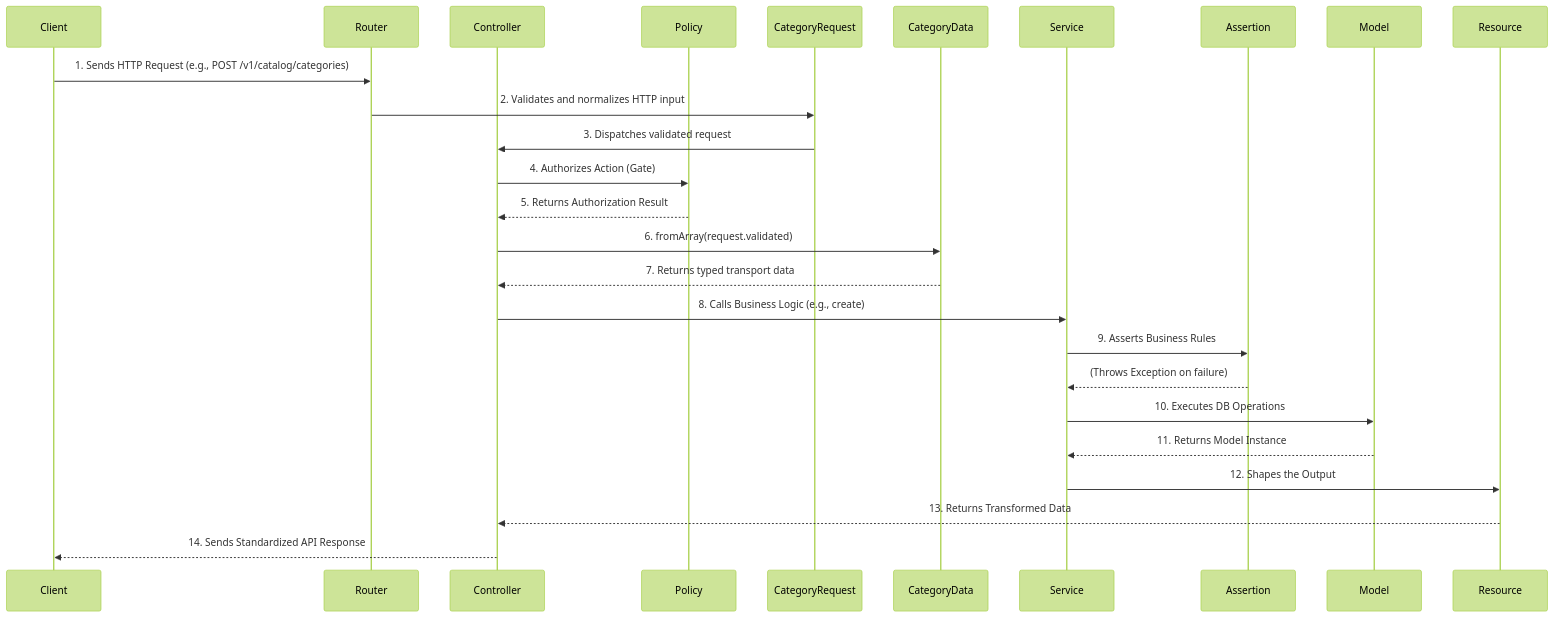
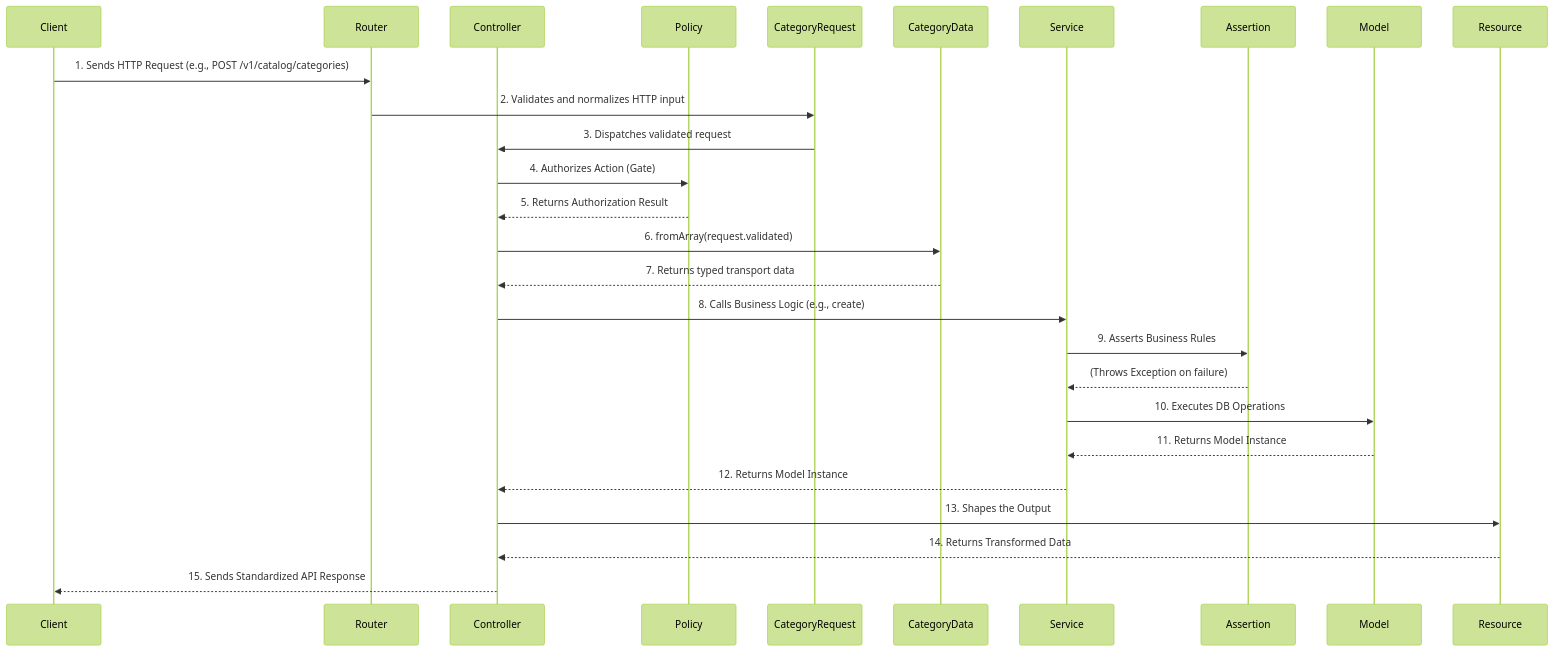
Before and after one commit to Tresor091005/my-api-boilerplate: the diagram in docs/features/catalog-categories.md, drawn with Mermaid (forest theme). The commit also changed 70 other files, not shown here.

````diff
--- a/docs/features/catalog-categories.md
+++ b/docs/features/catalog-categories.md
@@ -13,29 +13,30 @@
 ```mermaid
 sequenceDiagram
     participant Client
     participant Router
     participant Controller
     participant Policy
     participant Request as CategoryRequest
     participant Data as CategoryData
     participant Service
     participant Assertion
     participant Model
     participant Resource
 
     Client->>Router: 1. Sends HTTP Request (e.g., POST /v1/catalog/categories)
     Router->>Request: 2. Validates and normalizes HTTP input
     Request->>Controller: 3. Dispatches validated request
     Controller->>Policy: 4. Authorizes Action (Gate)
     Policy-->>Controller: 5. Returns Authorization Result
     Controller->>Data: 6. fromArray(request.validated)
     Data-->>Controller: 7. Returns typed transport data
     Controller->>Service: 8. Calls Business Logic (e.g., create)
     Service->>Assertion: 9. Asserts Business Rules
     Assertion-->>Service: (Throws Exception on failure)
     Service->>Model: 10. Executes DB Operations
     Model-->>Service: 11. Returns Model Instance
-    Service->>Resource: 12. Shapes the Output
-    Resource-->>Controller: 13. Returns Transformed Data
-    Controller-->>Client: 14. Sends Standardized API Response
+    Service-->>Controller: 12. Returns Model Instance
+    Controller->>Resource: 13. Shapes the Output
+    Resource-->>Controller: 14. Returns Transformed Data
+    Controller-->>Client: 15. Sends Standardized API Response
 ```
````
